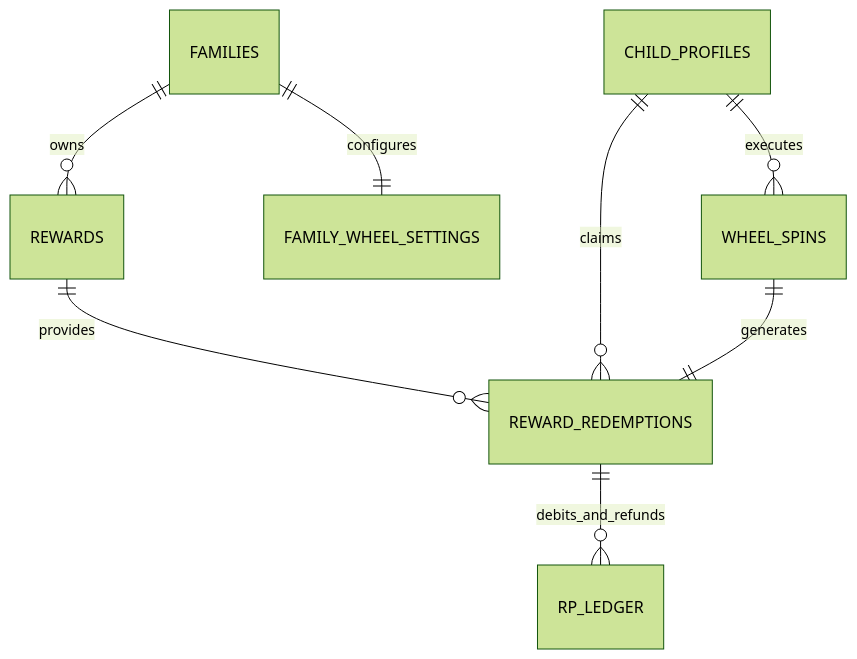
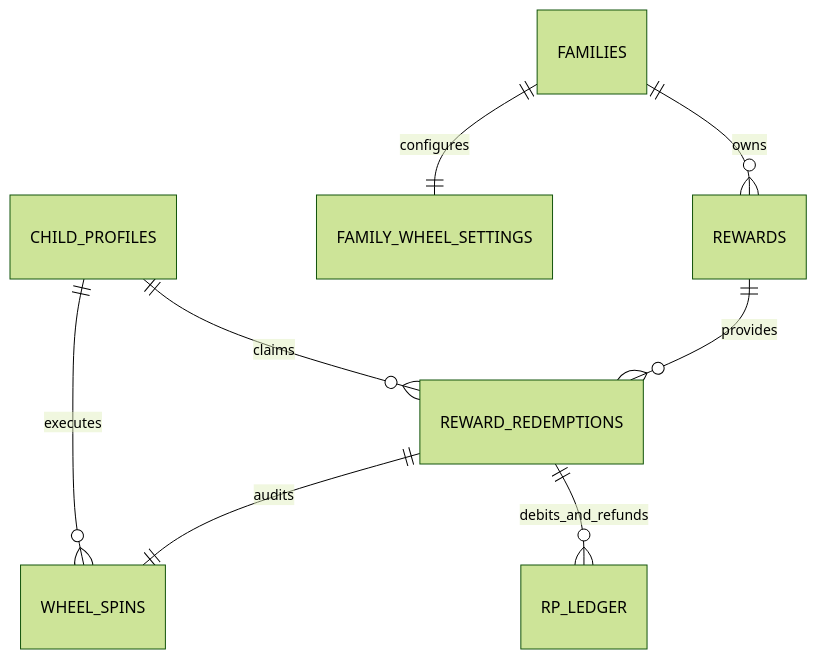
One commit to thedusk4203/LearnWard changed the diagram in docs/11-phase-4-reward-economy-wheel-design-v0.1.md. Above: the diagram before and after it, drawn with Mermaid (forest theme). The commit also changed other lines of this file and 1 other file, not shown here.

Commit message:
docs: harden Phase 4 design on tenant integrity, shared mode auth, and wheel auditability

````diff
--- a/docs/11-phase-4-reward-economy-wheel-design-v0.1.md
+++ b/docs/11-phase-4-reward-economy-wheel-design-v0.1.md
@@ -265,10 +323,10 @@
 ```mermaid
 erDiagram
     FAMILIES ||--o{ REWARDS : owns
     FAMILIES ||--|| FAMILY_WHEEL_SETTINGS : configures
     CHILD_PROFILES ||--o{ REWARD_REDEMPTIONS : claims
     REWARDS ||--o{ REWARD_REDEMPTIONS : provides
     CHILD_PROFILES ||--o{ WHEEL_SPINS : executes
-    WHEEL_SPINS ||--|| REWARD_REDEMPTIONS : generates
+    REWARD_REDEMPTIONS ||--|| WHEEL_SPINS : audits
     REWARD_REDEMPTIONS ||--o{ RP_LEDGER : debits_and_refunds
 ```
````
